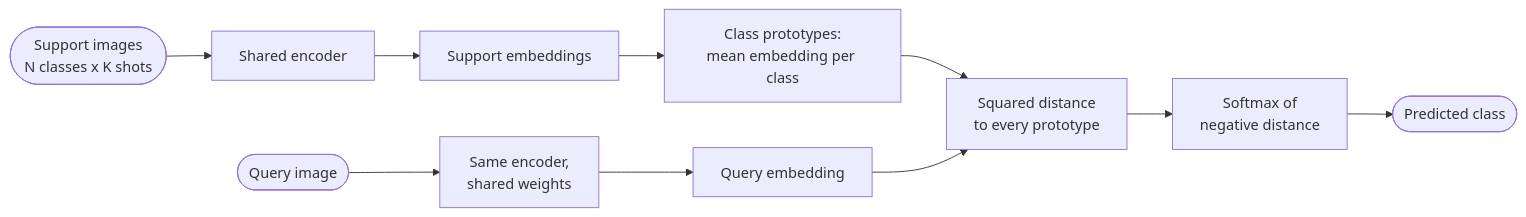
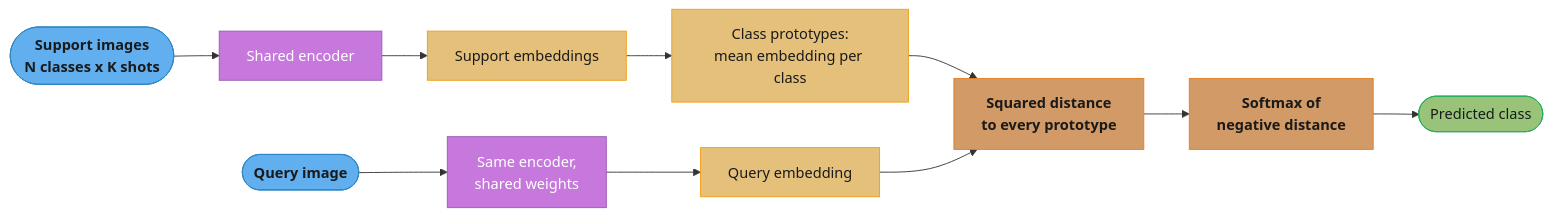
Before and after one commit to rppol/system-design: the second of 4 diagrams in src/main/java/com/rutik/systemdesign/ml/meta_learning_and_few_shot/meta_learning_and_few_shot.md, drawn with Mermaid. The commit also changed other lines of this file and 38 other files, not shown here.

````diff
--- a/src/main/java/com/rutik/systemdesign/ml/meta_learning_and_few_shot/meta_learning_and_few_shot.md
+++ b/src/main/java/com/rutik/systemdesign/ml/meta_learning_and_few_shot/meta_learning_and_few_shot.md
@@ -190,12 +204,26 @@
 ```mermaid
 flowchart LR
+    classDef io      fill:#61afef,stroke:#2e86c1,color:#1a1a1a,font-weight:bold
+    classDef frozen  fill:#c678dd,stroke:#9b59b6,color:#fff
+    classDef train   fill:#98c379,stroke:#27ae60,color:#1a1a1a
+    classDef mathOp  fill:#d19a66,stroke:#e67e22,color:#1a1a1a,font-weight:bold
+    classDef lossN   fill:#e06c75,stroke:#c0392b,color:#fff,font-weight:bold
+    classDef req     fill:#56b6c2,stroke:#0097a7,color:#1a1a1a
+    classDef base    fill:#e5c07b,stroke:#f39c12,color:#1a1a1a
+
     S1(["Support images\nN classes x K shots"]) --> ENC["Shared encoder"]
     ENC --> EMB["Support embeddings"]
     EMB --> PROTO["Class prototypes:\nmean embedding per class"]
     Q1(["Query image"]) --> ENC2["Same encoder,\nshared weights"]
     ENC2 --> ZQ["Query embedding"]
     PROTO --> DIST["Squared distance\nto every prototype"]
     ZQ --> DIST
     DIST --> SOFT["Softmax of\nnegative distance"]
     SOFT --> PRED(["Predicted class"])
+
+    class S1,Q1 io
+    class ENC,ENC2 frozen
+    class EMB,ZQ,PROTO base
+    class DIST,SOFT mathOp
+    class PRED train
 ```
````
